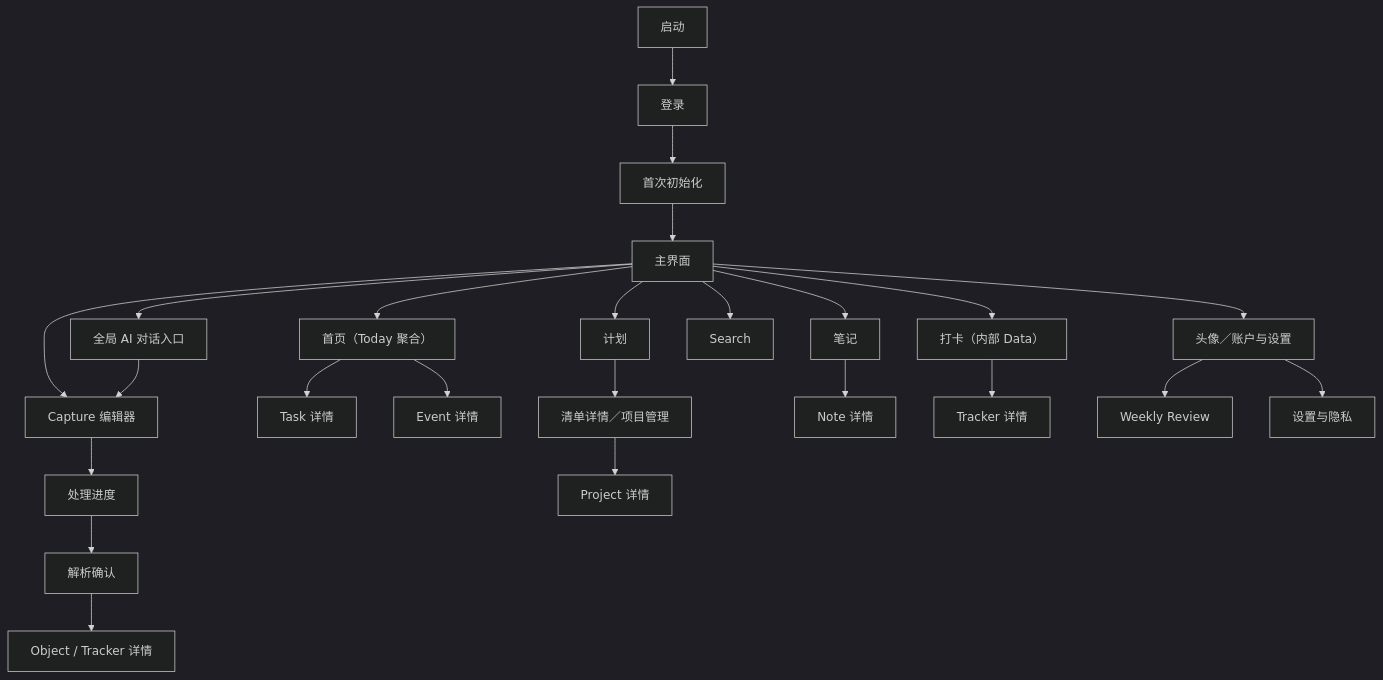
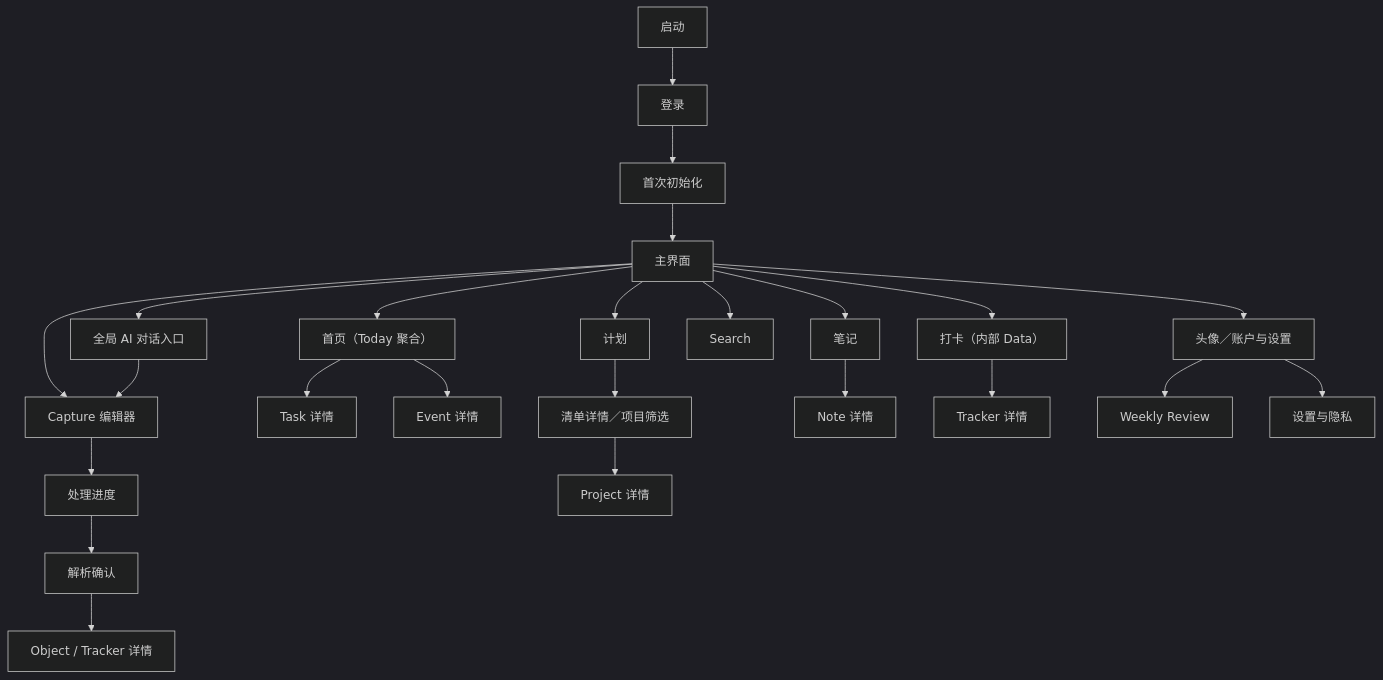
The first of 2 diagrams in docs/产品设计说明.md (xiaoguo123456/steward), drawn with Mermaid (dark theme) before and after one commit. The commit also changed other lines of this file and 22 other files, not shown here.

````diff
--- a/docs/产品设计说明.md
+++ b/docs/产品设计说明.md
@@ -105,26 +105,26 @@
 ```mermaid
 flowchart TD
     A["启动"] --> B["登录"]
     B --> C["首次初始化"]
     C --> D["主界面"]
     D --> T["首页（Today 聚合）"]
     D --> L["计划"]
     D --> N["笔记"]
     D --> DA["打卡（内部 Data）"]
     D --> S["Search"]
     D --> CAP["Capture 编辑器"]
     D --> AIQ["全局 AI 对话入口"]
     AIQ --> CAP
     CAP --> PRO["处理进度"]
     PRO --> CON["解析确认"]
     CON --> OD["Object / Tracker 详情"]
     T --> TD["Task 详情"]
     T --> ED["Event 详情"]
-    L --> P["清单详情／项目管理"]
+    L --> P["清单详情／项目筛选"]
     P --> PD["Project 详情"]
     N --> ND["Note 详情"]
     DA --> TR["Tracker 详情"]
     D --> ACC["头像／账户与设置"]
     ACC --> WR["Weekly Review"]
     ACC --> SET["设置与隐私"]
 ```
````
